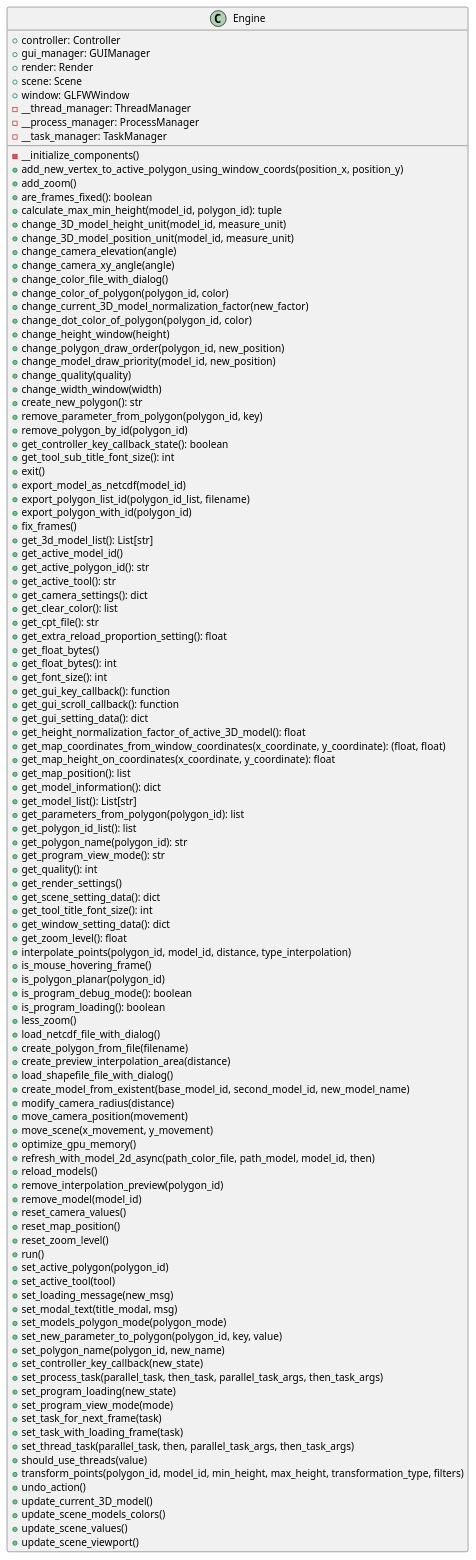
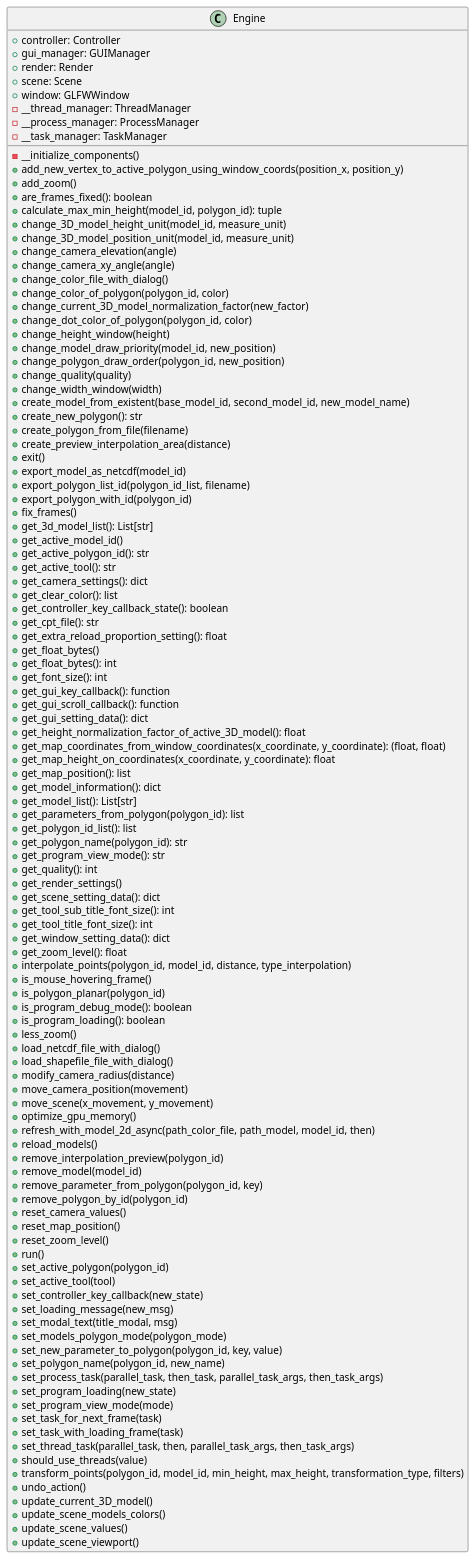
One commit to ferpoble2/Relief_Creator changed the diagram in docs/classes/Engine.puml. Above: the diagram before and after it, drawn with PlantUML. The commit also changed other lines of this file and 1 other file, not shown here.

```diff
--- a/docs/classes/Engine.puml
+++ b/docs/classes/Engine.puml
@@ -1,116 +1,116 @@
 @startuml
 class Engine {
     + controller: Controller
     + gui_manager: GUIManager
     + render: Render
     + scene: Scene
     + window: GLFWWindow
     - __thread_manager: ThreadManager
     - __process_manager: ProcessManager
     - __task_manager: TaskManager
 
     - __initialize_components()
     + add_new_vertex_to_active_polygon_using_window_coords(position_x, position_y)
     + add_zoom()
     + are_frames_fixed(): boolean
     + calculate_max_min_height(model_id, polygon_id): tuple
     + change_3D_model_height_unit(model_id, measure_unit)
     + change_3D_model_position_unit(model_id, measure_unit)
     + change_camera_elevation(angle)
     + change_camera_xy_angle(angle)
     + change_color_file_with_dialog()
     + change_color_of_polygon(polygon_id, color)
     + change_current_3D_model_normalization_factor(new_factor)
     + change_dot_color_of_polygon(polygon_id,  color)
     + change_height_window(height)
+    + change_model_draw_priority(model_id, new_position)
     + change_polygon_draw_order(polygon_id, new_position)
-    + change_model_draw_priority(model_id, new_position)
     + change_quality(quality)
     + change_width_window(width)
+    + create_model_from_existent(base_model_id, second_model_id, new_model_name)
     + create_new_polygon(): str
-    + remove_parameter_from_polygon(polygon_id, key)
-    + remove_polygon_by_id(polygon_id)
-    + get_controller_key_callback_state(): boolean
-    + get_tool_sub_title_font_size(): int
+    + create_polygon_from_file(filename)
+    + create_preview_interpolation_area(distance)
     + exit()
     + export_model_as_netcdf(model_id)
     + export_polygon_list_id(polygon_id_list, filename)
     + export_polygon_with_id(polygon_id)
     + fix_frames()
     + get_3d_model_list(): List[str]
     + get_active_model_id()
     + get_active_polygon_id(): str
     + get_active_tool(): str
     + get_camera_settings(): dict
     + get_clear_color(): list
+    + get_controller_key_callback_state(): boolean
     + get_cpt_file(): str
     + get_extra_reload_proportion_setting(): float
     + get_float_bytes()
     + get_float_bytes(): int
     + get_font_size(): int
     + get_gui_key_callback(): function
     + get_gui_scroll_callback(): function
     + get_gui_setting_data(): dict
     + get_height_normalization_factor_of_active_3D_model(): float
     + get_map_coordinates_from_window_coordinates(x_coordinate, y_coordinate): (float, float)
     + get_map_height_on_coordinates(x_coordinate, y_coordinate): float
     + get_map_position(): list
     + get_model_information(): dict
     + get_model_list(): List[str]
     + get_parameters_from_polygon(polygon_id): list
     + get_polygon_id_list(): list
     + get_polygon_name(polygon_id): str
     + get_program_view_mode(): str
     + get_quality(): int
     + get_render_settings()
     + get_scene_setting_data(): dict
+    + get_tool_sub_title_font_size(): int
     + get_tool_title_font_size(): int
     + get_window_setting_data(): dict
     + get_zoom_level(): float
     + interpolate_points(polygon_id, model_id, distance, type_interpolation)
     + is_mouse_hovering_frame()
     + is_polygon_planar(polygon_id)
     + is_program_debug_mode(): boolean
     + is_program_loading(): boolean
     + less_zoom()
     + load_netcdf_file_with_dialog()
-    + create_polygon_from_file(filename)
-    + create_preview_interpolation_area(distance)
     + load_shapefile_file_with_dialog()
-    + create_model_from_existent(base_model_id, second_model_id, new_model_name)
     + modify_camera_radius(distance)
     + move_camera_position(movement)
     + move_scene(x_movement, y_movement)
     + optimize_gpu_memory()
     + refresh_with_model_2d_async(path_color_file, path_model, model_id, then)
     + reload_models()
     + remove_interpolation_preview(polygon_id)
     + remove_model(model_id)
+    + remove_parameter_from_polygon(polygon_id, key)
+    + remove_polygon_by_id(polygon_id)
     + reset_camera_values()
     + reset_map_position()
     + reset_zoom_level()
     + run()
     + set_active_polygon(polygon_id)
     + set_active_tool(tool)
+    + set_controller_key_callback(new_state)
     + set_loading_message(new_msg)
     + set_modal_text(title_modal, msg)
     + set_models_polygon_mode(polygon_mode)
     + set_new_parameter_to_polygon(polygon_id, key, value)
     + set_polygon_name(polygon_id, new_name)
-    + set_controller_key_callback(new_state)
     + set_process_task(parallel_task, then_task, parallel_task_args, then_task_args)
     + set_program_loading(new_state)
     + set_program_view_mode(mode)
     + set_task_for_next_frame(task)
     + set_task_with_loading_frame(task)
     + set_thread_task(parallel_task, then, parallel_task_args, then_task_args)
     + should_use_threads(value)
     + transform_points(polygon_id, model_id, min_height, max_height, transformation_type, filters)
     + undo_action()
     + update_current_3D_model()
     + update_scene_models_colors()
     + update_scene_values()
     + update_scene_viewport()
 }
 
 @enduml
```
